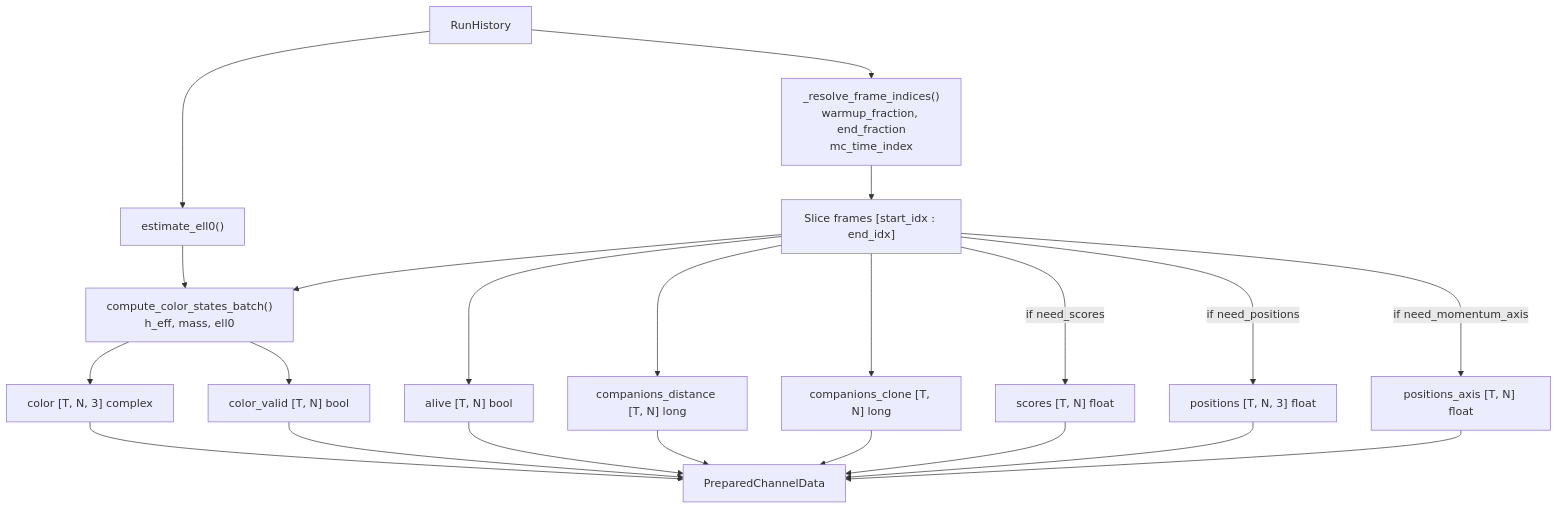
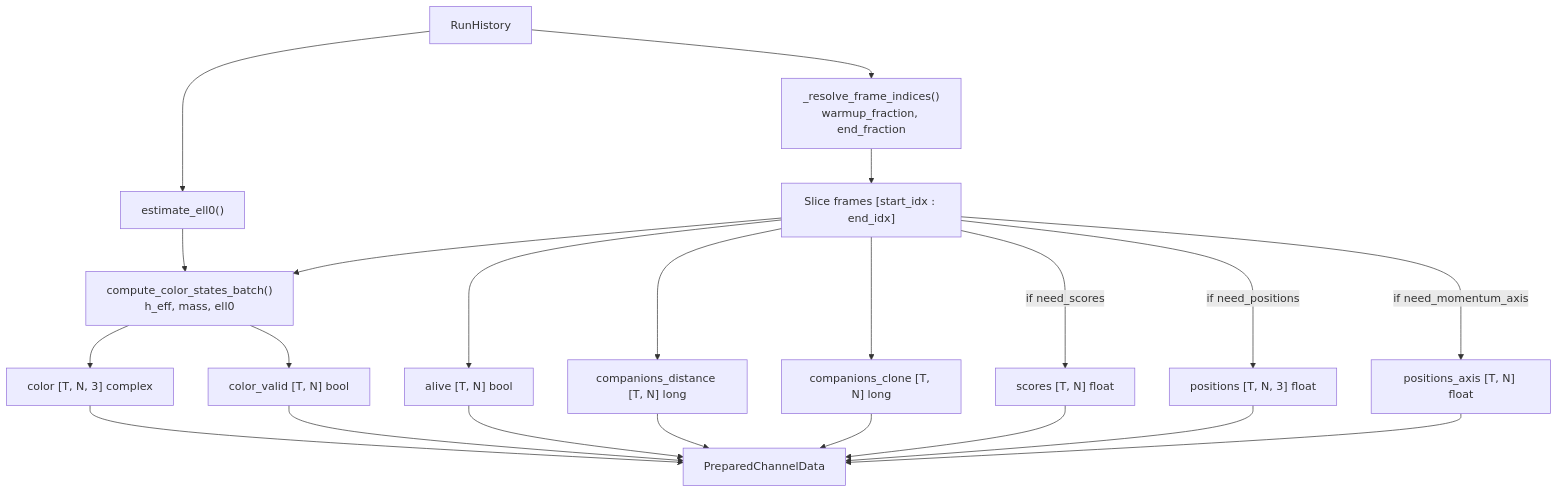
The third of 9 diagrams in src/fragile/physics/operators/ARCHITECTURE.md (FragileTech/fragile), drawn with Mermaid before and after one commit. The commit also changed other lines of this file and 60 other files, not shown here.

````diff
--- a/src/fragile/physics/operators/ARCHITECTURE.md
+++ b/src/fragile/physics/operators/ARCHITECTURE.md
@@ -80,24 +92,24 @@
 ```mermaid
 flowchart TD
-    H["RunHistory"] --> FR["_resolve_frame_indices()\nwarmup_fraction, end_fraction\nmc_time_index"]
+    H["RunHistory"] --> FR["_resolve_frame_indices()\nwarmup_fraction, end_fraction"]
     FR --> SL["Slice frames [start_idx : end_idx]"]
     H --> EL["estimate_ell0()"]
     EL --> CS["compute_color_states_batch()\nh_eff, mass, ell0"]
     SL --> CS
     CS --> COLOR["color [T, N, 3] complex"]
     CS --> CVAL["color_valid [T, N] bool"]
     SL --> ALIVE["alive [T, N] bool"]
     SL --> CD["companions_distance [T, N] long"]
     SL --> CC["companions_clone [T, N] long"]
     SL -->|"if need_scores"| SC["scores [T, N] float"]
     SL -->|"if need_positions"| POS["positions [T, N, 3] float"]
     SL -->|"if need_momentum_axis"| PA["positions_axis [T, N] float"]
     COLOR --> PCD["PreparedChannelData"]
     CVAL --> PCD
     ALIVE --> PCD
     CD --> PCD
     CC --> PCD
     SC --> PCD
     POS --> PCD
     PA --> PCD
 ```
````
